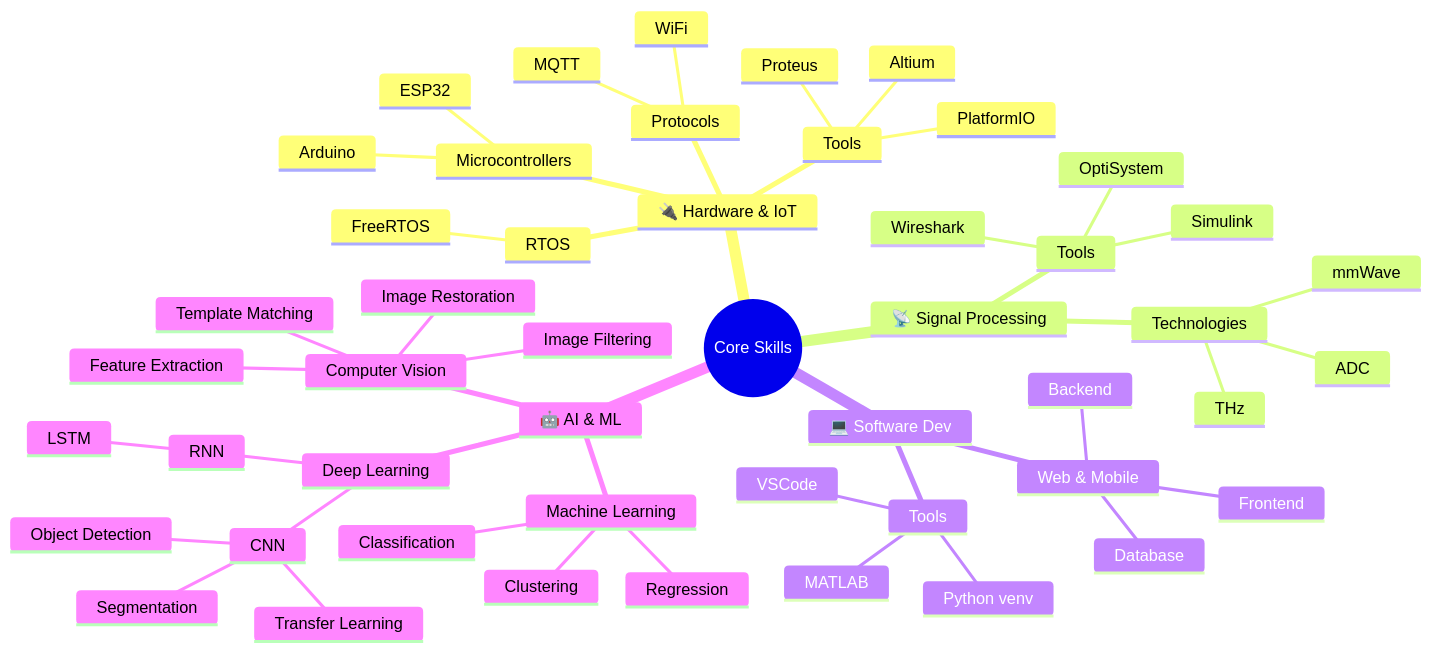
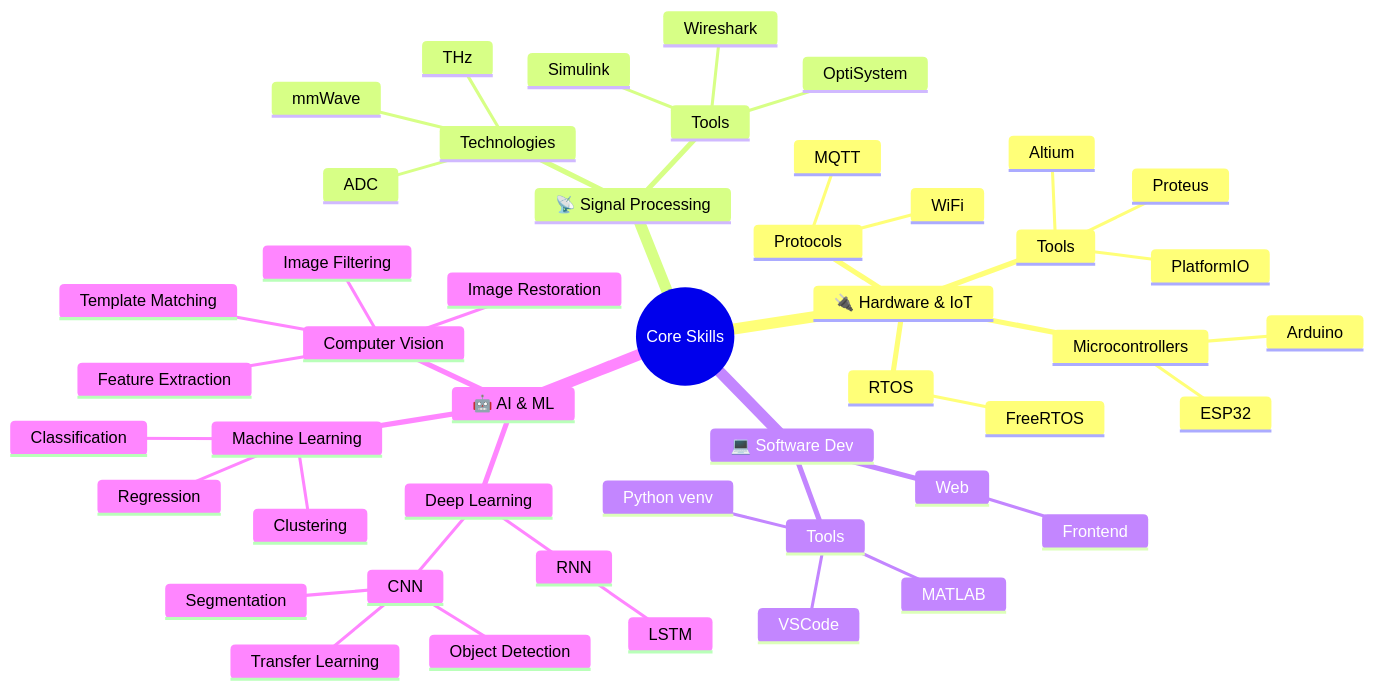
Before and after one commit to bathanh0309/bathanh0309: the diagram in README.md, drawn with Mermaid.

````diff
--- a/README.md
+++ b/README.md
@@ -141,52 +141,50 @@
 ```mermaid
 mindmap
   root((Core Skills))
     🔌 Hardware & IoT
       Microcontrollers
         ESP32
         Arduino
       RTOS
         FreeRTOS
       Protocols
         MQTT
         WiFi
       Tools
         PlatformIO
         Proteus
         Altium
     📡 Signal Processing
       Technologies
         mmWave
         THz
         ADC
       Tools
         Simulink
         OptiSystem
         Wireshark
     💻 Software Dev
-      Web & Mobile
+      Web
         Frontend
-        Backend
-        Database
       Tools
         VSCode
         MATLAB
         Python venv
     🤖 AI & ML
       Machine Learning
         Classification
         Regression
         Clustering
       Deep Learning
         CNN
           Segmentation
           Object Detection
           Transfer Learning
         RNN
           LSTM
       Computer Vision
         Feature Extraction
         Image Filtering
         Image Restoration
         Template Matching
 ```
````
